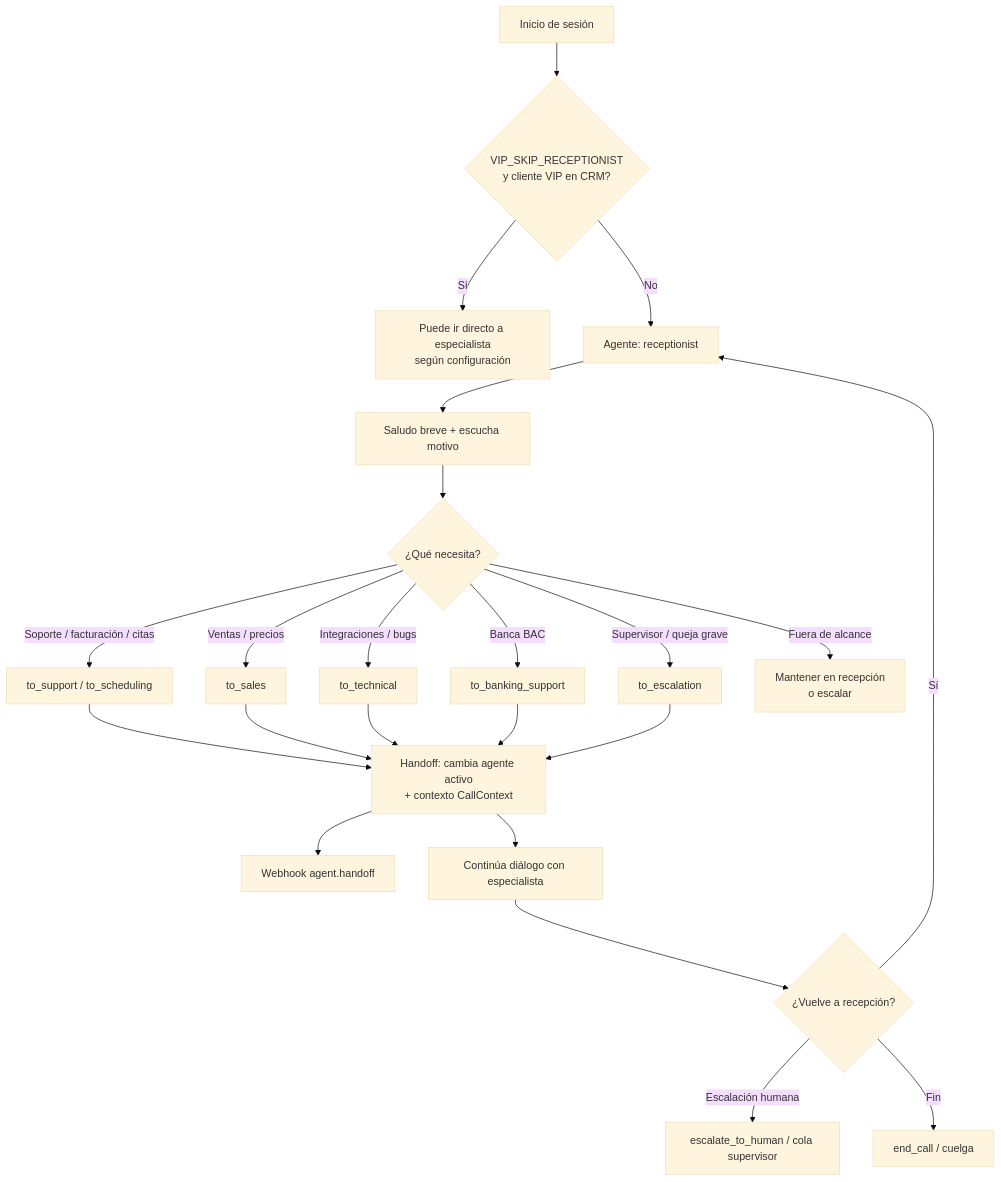
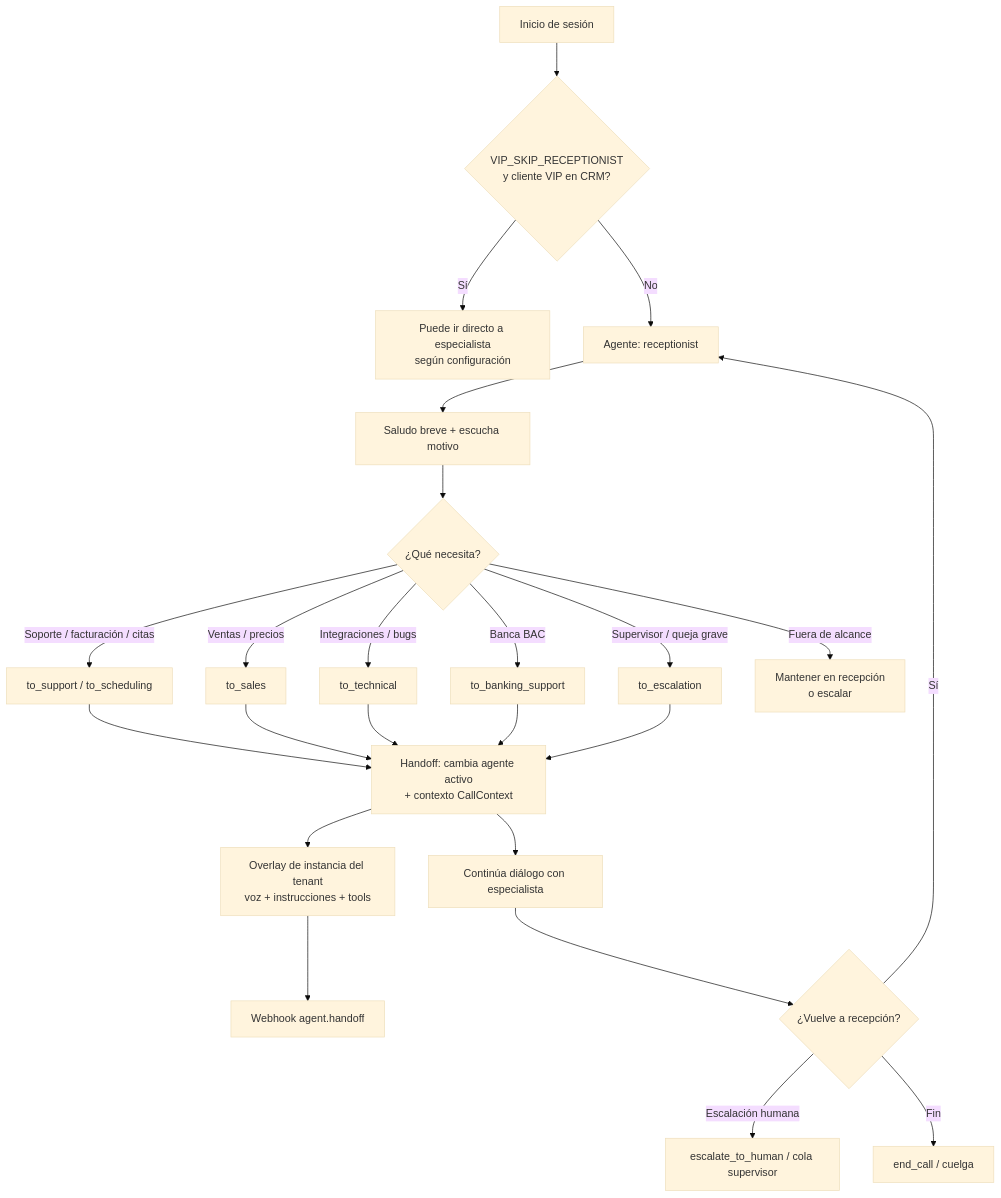
The ninth of 20 diagrams in docs/FLUJOS_OPERATIVOS.md (Zombie10/CallManagement), drawn with Mermaid (base theme) before and after one commit. The commit also changed other lines of this file and 7 other files, not shown here.

````diff
--- a/docs/FLUJOS_OPERATIVOS.md
+++ b/docs/FLUJOS_OPERATIVOS.md
@@ -302,30 +290,31 @@
 ```mermaid
 flowchart TD
   START["Inicio de sesión"] --> VIP{"VIP_SKIP_RECEPTIONIST<br/>y cliente VIP en CRM?"}
   VIP -->|Sí| SPEC["Puede ir directo a especialista<br/>según configuración"]
   VIP -->|No| REC["Agente: receptionist"]
 
   REC --> LISTEN["Saludo breve + escucha motivo"]
   LISTEN --> DEC{"¿Qué necesita?"}
 
   DEC -->|Soporte / facturación / citas| SUP["to_support / to_scheduling"]
   DEC -->|Ventas / precios| SALES["to_sales"]
   DEC -->|Integraciones / bugs| TECH["to_technical"]
   DEC -->|Banca BAC| BANK["to_banking_support"]
   DEC -->|Supervisor / queja grave| ESC["to_escalation"]
   DEC -->|Fuera de alcance| REC2["Mantener en recepción<br/>o escalar"]
 
   SUP --> H["Handoff: cambia agente activo<br/>+ contexto CallContext"]
   SALES --> H
   TECH --> H
   BANK --> H
   ESC --> H
 
-  H --> WH["Webhook agent.handoff"]
+  H --> OV["Overlay de instancia del tenant<br/>voz + instrucciones + tools"]
+  OV --> WH["Webhook agent.handoff"]
   H --> CONT["Continúa diálogo con especialista"]
 
   CONT --> BACK{"¿Vuelve a recepción?"}
   BACK -->|Sí| REC
   BACK -->|Escalación humana| HUMAN["escalate_to_human / cola supervisor"]
   BACK -->|Fin| END["end_call / cuelga"]
 ```
````
